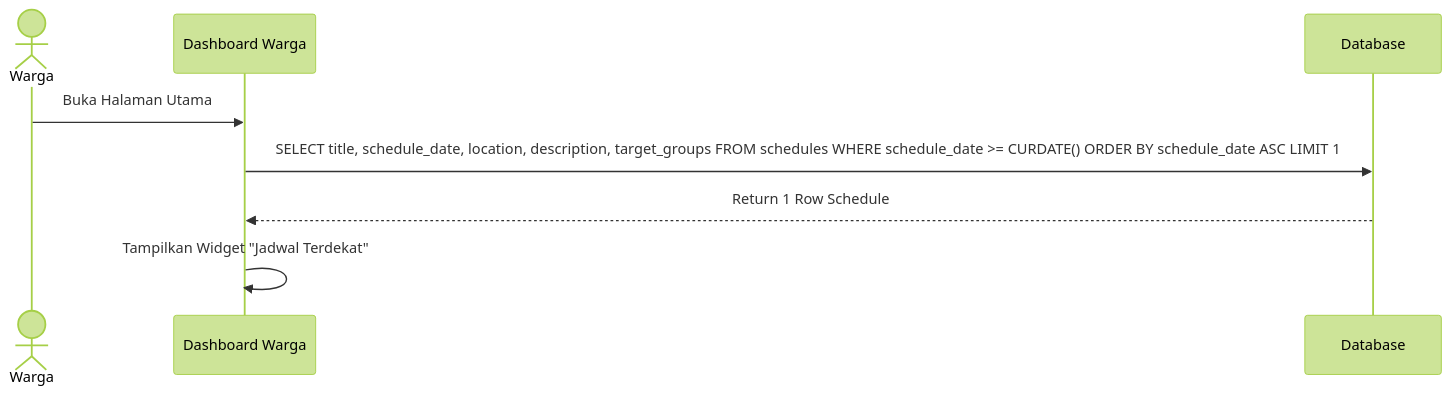
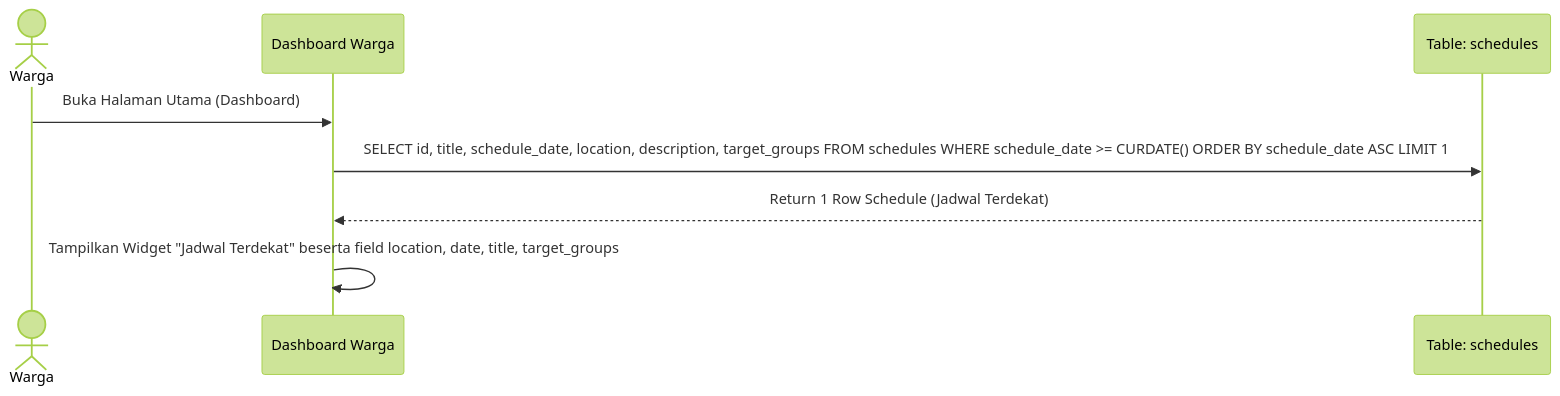
Before and after one commit to imamzaenuddin/sipintar: diagram 16 of 17 in doc/UML.md, drawn with Mermaid (forest theme). The commit also changed other lines of this file, not shown here.

Commit message:
docs: add comprehensive UML documentation for SiPintar system architecture

````diff
--- a/doc/UML.md
+++ b/doc/UML.md
@@ -367,11 +440,11 @@
 ```mermaid
 sequenceDiagram
     actor Warga
     participant View as Dashboard Warga
-    participant DB as Database
+    participant tbl_schedules as Table: schedules
 
-    Warga->>View: Buka Halaman Utama
-    View->>DB: SELECT title, schedule_date, location, description, target_groups FROM schedules WHERE schedule_date >= CURDATE() ORDER BY schedule_date ASC LIMIT 1
-    DB-->>View: Return 1 Row Schedule
-    View->>View: Tampilkan Widget "Jadwal Terdekat"
+    Warga->>View: Buka Halaman Utama (Dashboard)
+    View->>tbl_schedules: SELECT id, title, schedule_date, location, description, target_groups FROM schedules WHERE schedule_date >= CURDATE() ORDER BY schedule_date ASC LIMIT 1
+    tbl_schedules-->>View: Return 1 Row Schedule (Jadwal Terdekat)
+    View->>View: Tampilkan Widget "Jadwal Terdekat" beserta field location, date, title, target_groups
 ```
````
